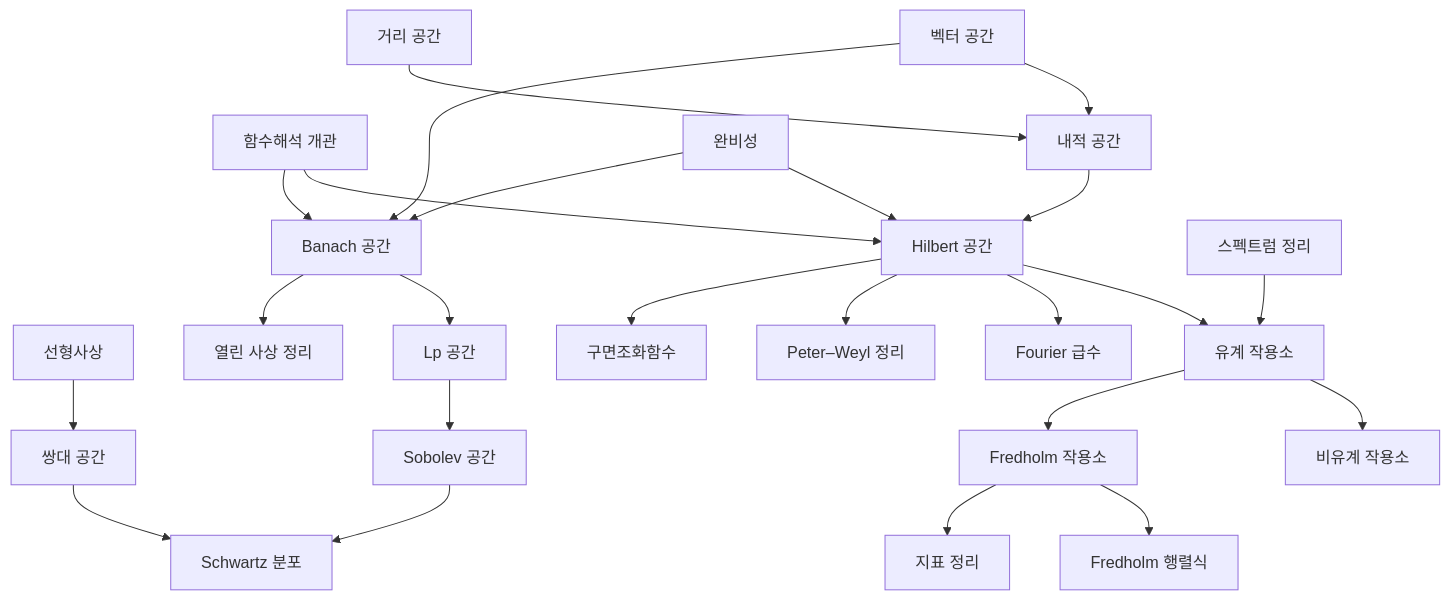
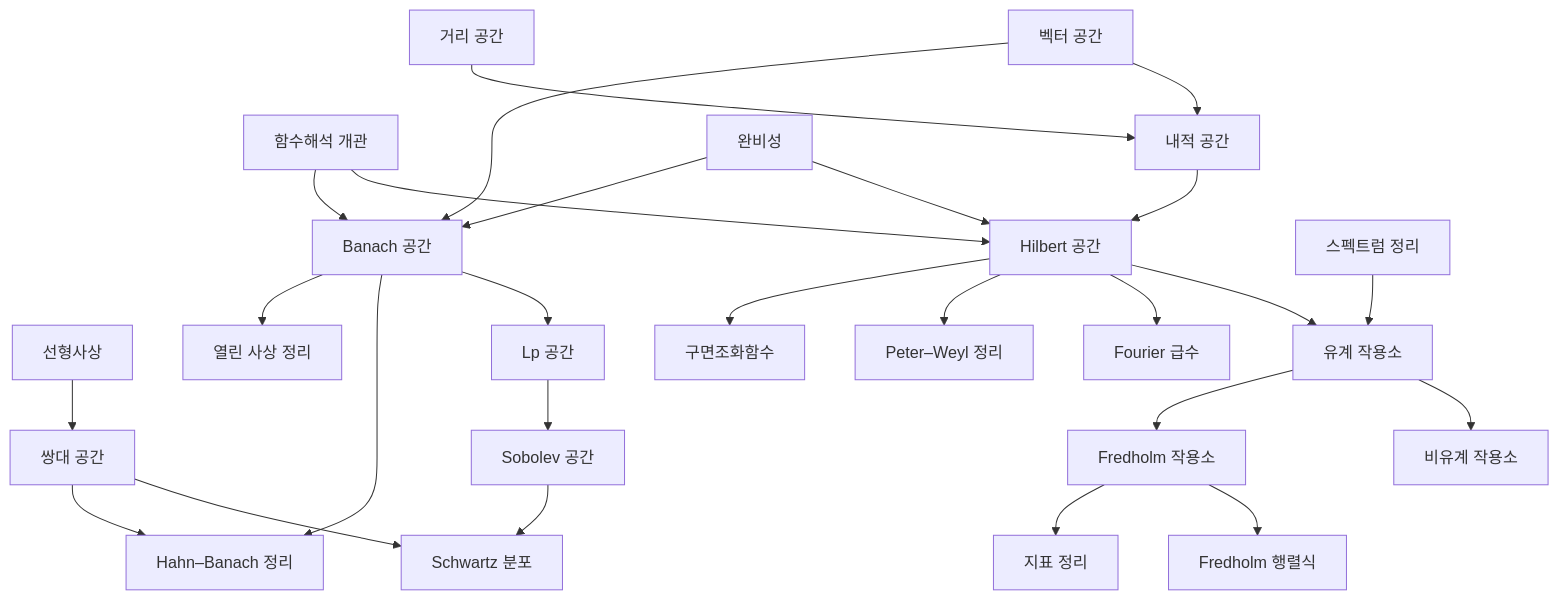
The diagram in docs/functional-analysis-overview.md (Phryxia/math-map), drawn with Mermaid before and after one commit. The commit also changed other lines of this file and 4 other files, not shown here.

First line of the commit message:
add hahn-banach-theorem under banach-spaces and dual-space

````diff
--- a/docs/functional-analysis-overview.md
+++ b/docs/functional-analysis-overview.md
@@ -15,24 +15,26 @@
 ```mermaid
 graph TD
   FAO["함수해석 개관"] --> HS["Hilbert 공간"]
   FAO --> BS["Banach 공간"]
   VS["벡터 공간"] --> IPS["내적 공간"]
   MS["거리 공간"] --> IPS
   COMP["완비성"] --> HS
   IPS --> HS
   COMP --> BS
   VS --> BS
   LM["선형사상"] --> DS["쌍대 공간"]
   BS --> LPS["Lp 공간"] --> SOB["Sobolev 공간"] --> SD["Schwartz 분포"]
   DS --> SD
+  BS --> HB["Hahn–Banach 정리"]
+  DS --> HB
   BS --> OMT["열린 사상 정리"]
   HS --> BO["유계 작용소"]
   ST["스펙트럼 정리"] --> BO
   BO --> UBO["비유계 작용소"]
   BO --> FO["Fredholm 작용소"]
   FO --> FD["Fredholm 행렬식"]
   FO --> IT["지표 정리"]
   HS --> FS["Fourier 급수"]
   HS --> PW["Peter–Weyl 정리"]
   HS --> SH["구면조화함수"]
 ```
````
